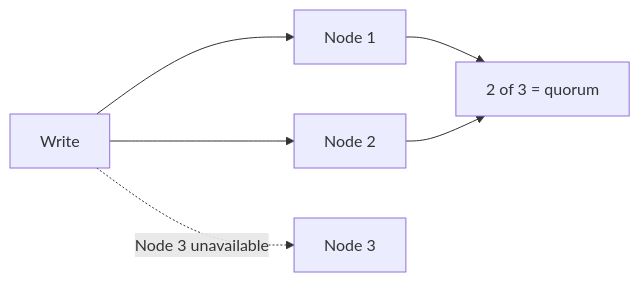
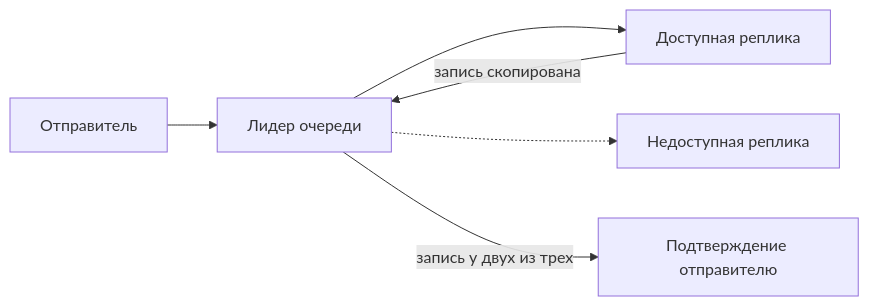
Before and after one commit to Kert0n/KPO: diagram 14 of 17 in content/lectures/Lec11/vitepress.md, drawn with Mermaid. The commit also changed other lines of this file, not shown here.

````diff
--- a/content/lectures/Lec11/vitepress.md
+++ b/content/lectures/Lec11/vitepress.md
@@ -1145,8 +1022,8 @@
 ```mermaid
 flowchart LR
-    Write["Write"] --> N1["Node 1"]
-    Write --> N2["Node 2"]
-    Write -. "Node 3 unavailable" .-> N3["Node 3"]
-    N1 --> Q["2 of 3 = quorum"]
-    N2 --> Q
+    P["Отправитель"] --> L["Лидер очереди"]
+    L --> F["Доступная реплика"]
+    L -.-> U["Недоступная реплика"]
+    F -->|"запись скопирована"| L
+    L -->|"запись у двух из трех"| C["Подтверждение отправителю"]
 ```
````
